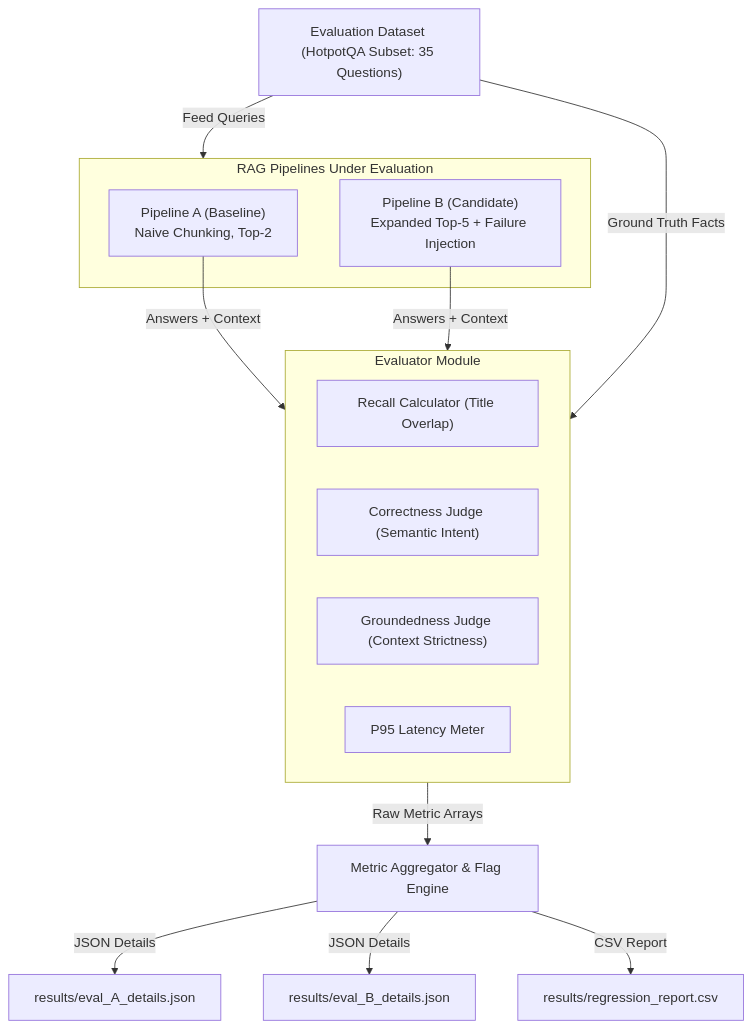
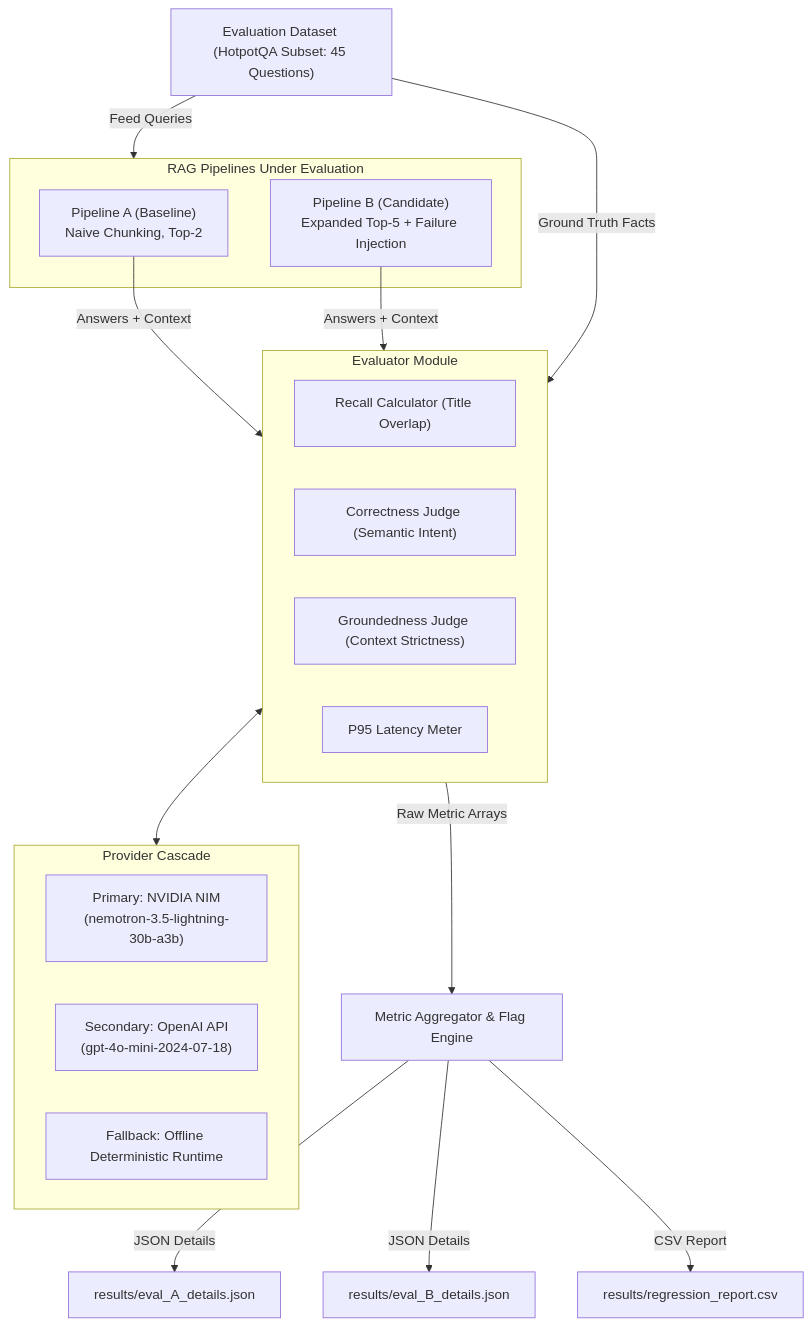
The diagram in README.md (SabbellaLaharika/RAGScope), drawn with Mermaid before and after one commit. The commit also changed other lines of this file and 12 other files, not shown here.

````diff
--- a/README.md
+++ b/README.md
@@ -26,27 +27,34 @@
 ```mermaid
 graph TD
-    A["Evaluation Dataset (HotpotQA Subset: 35 Questions)"] -->|Feed Queries| B["RAG Pipelines"]
+    A["Evaluation Dataset (HotpotQA Subset: 45 Questions)"] -->|Feed Queries| B["RAG Pipelines"]
     
     subgraph B["RAG Pipelines Under Evaluation"]
         C["Pipeline A (Baseline)<br/>Naive Chunking, Top-2"]
         D["Pipeline B (Candidate)<br/>Expanded Top-5 + Failure Injection"]
     end
     
     C -->|Answers + Context| E["LLM-as-a-Judge & Metric Evaluator"]
     D -->|Answers + Context| E
     
+    subgraph P["Provider Cascade"]
+        P1["Primary: NVIDIA NIM<br/>(nemotron-3.5-lightning-30b-a3b)"]
+        P2["Secondary: OpenAI API<br/>(gpt-4o-mini-2024-07-18)"]
+        P3["Fallback: Offline Deterministic Runtime"]
+    end
+
+    E <--> P
     A -->|Ground Truth Facts| E
     
     subgraph E["Evaluator Module"]
         F["Recall Calculator (Title Overlap)"]
         G["Correctness Judge (Semantic Intent)"]
         H["Groundedness Judge (Context Strictness)"]
         I["P95 Latency Meter"]
     end
     
     E -->|Raw Metric Arrays| J["Metric Aggregator & Flag Engine"]
     
     J -->|JSON Details| K["results/eval_A_details.json"]
     J -->|JSON Details| L["results/eval_B_details.json"]
     J -->|CSV Report| M["results/regression_report.csv"]
 ```
````
